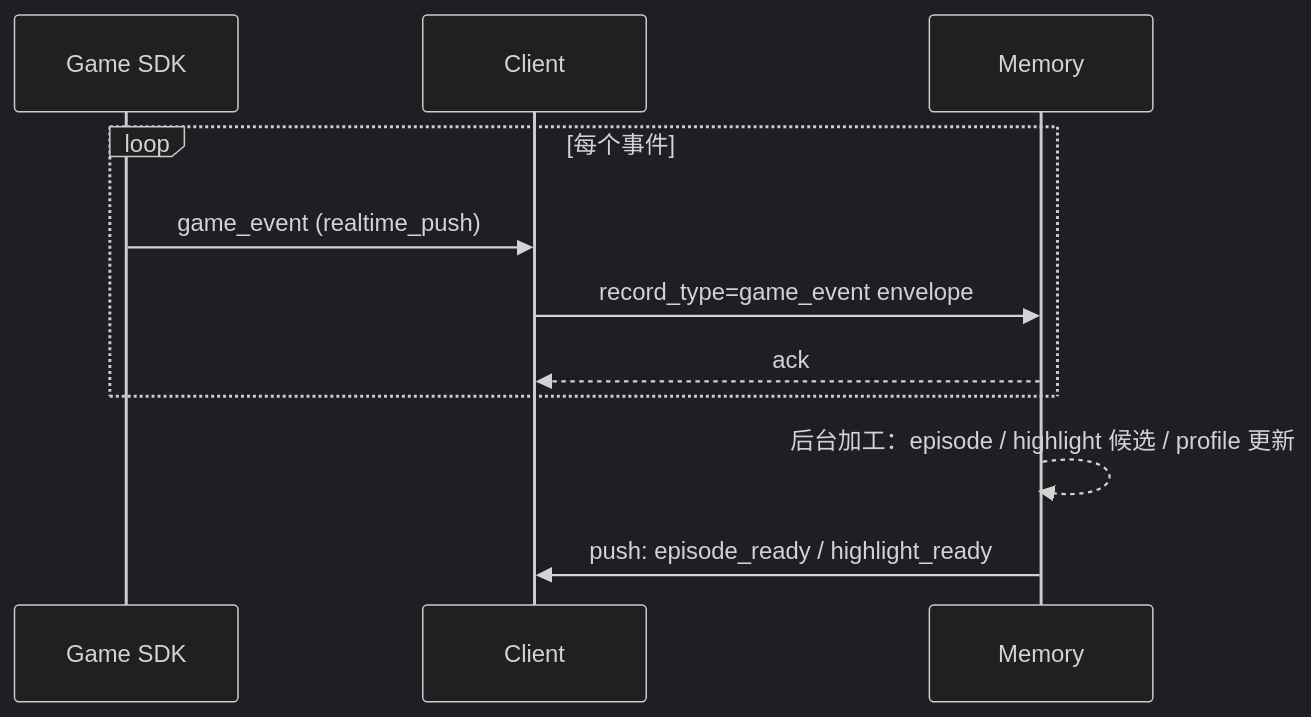
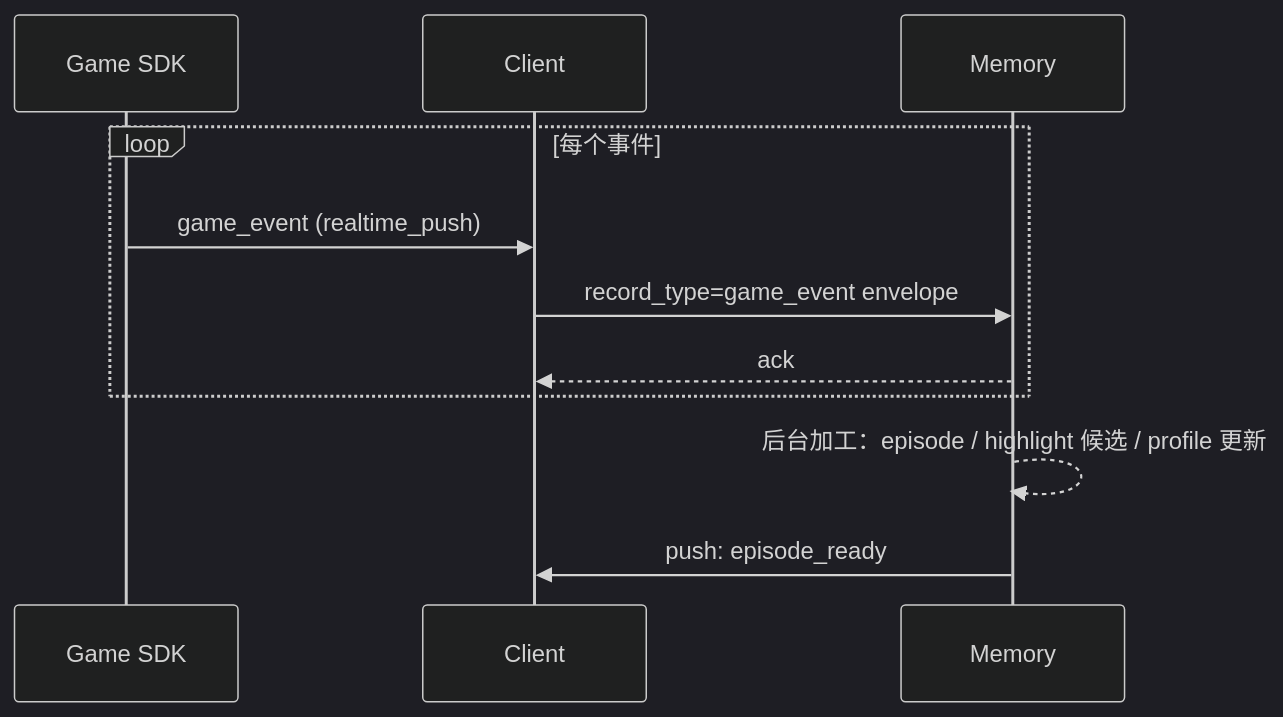
Before and after one commit to uu-yaya/ai-product-builder: the sixth of 13 diagrams in projects/desktop-pet/01-pm/branches/memory-dataset/DATA_FLOW_REQUIREMENT_SPECIFICATION.md, drawn with Mermaid (dark theme). The commit also changed other lines of this file, not shown here.

````diff
--- a/projects/desktop-pet/01-pm/branches/memory-dataset/DATA_FLOW_REQUIREMENT_SPECIFICATION.md
+++ b/projects/desktop-pet/01-pm/branches/memory-dataset/DATA_FLOW_REQUIREMENT_SPECIFICATION.md
@@ -1598,13 +1632,13 @@
 ```mermaid
 sequenceDiagram
     participant SDK as Game SDK
     participant C as Client
     participant M as Memory
     loop 每个事件
         SDK->>C: game_event (realtime_push)
         C->>M: record_type=game_event envelope
         M-->>C: ack
     end
     M-->>M: 后台加工：episode / highlight 候选 / profile 更新
-    M->>C: push: episode_ready / highlight_ready
+    M->>C: push: episode_ready
 ```
````
